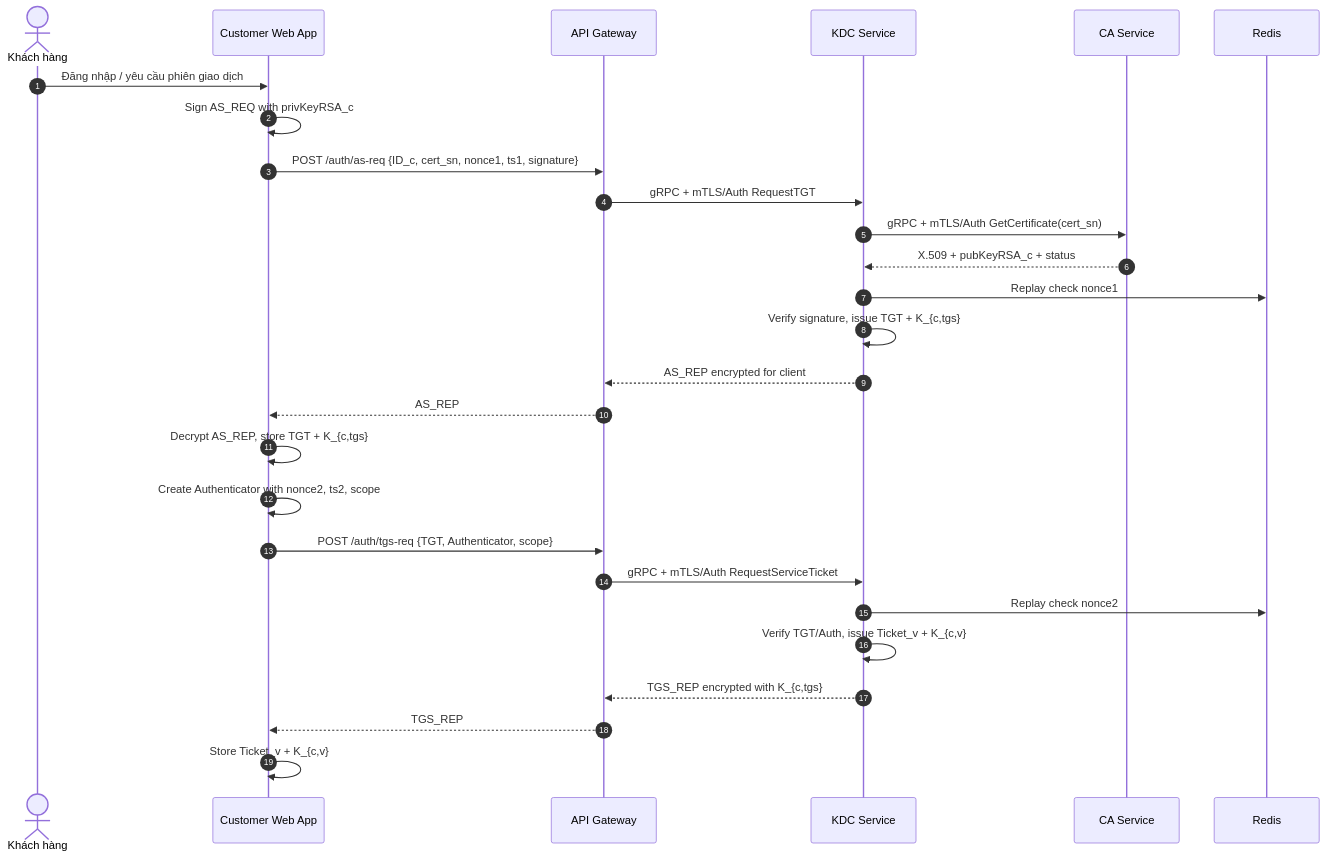
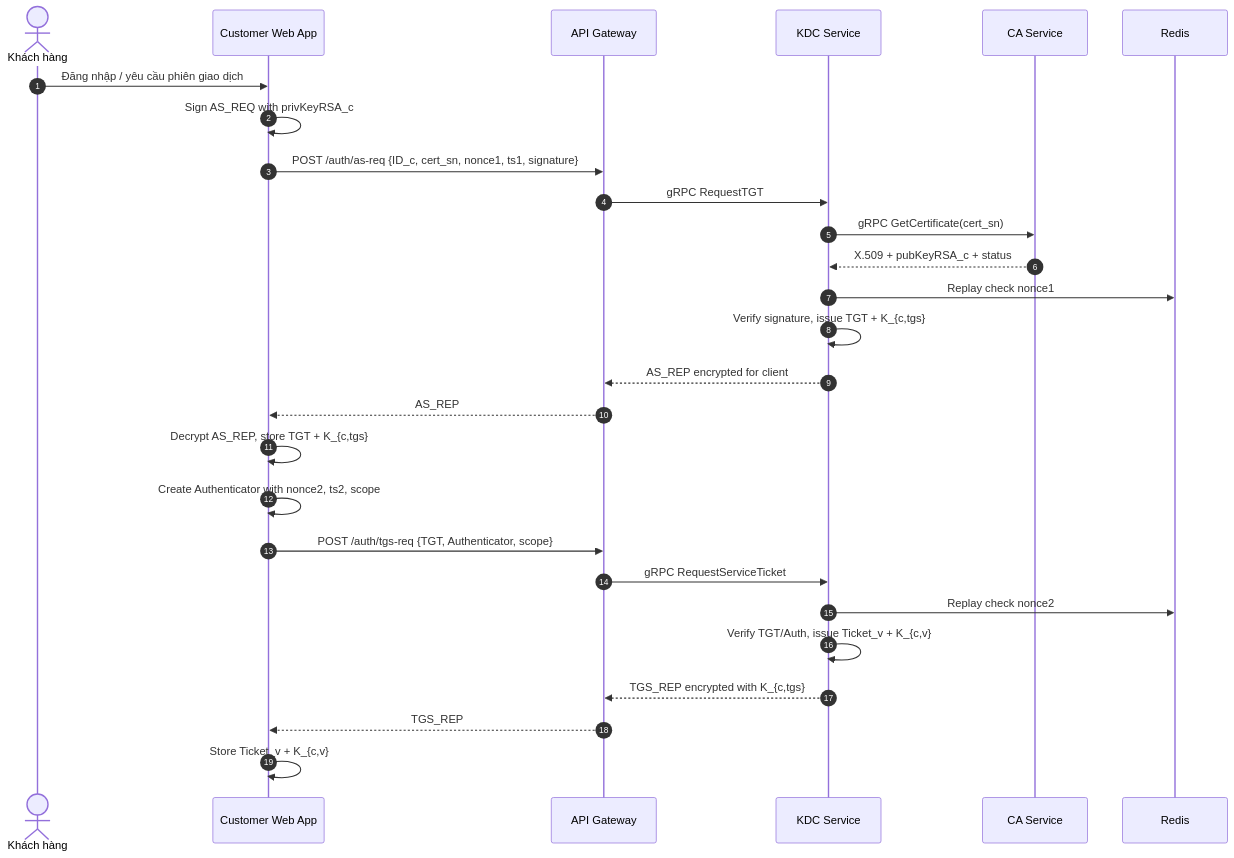
The fourth of 6 diagrams in blueprint/design.md (TNTT2305hcmus/mini-banking-app), drawn with Mermaid before and after one commit. The commit also changed other lines of this file and 23 other files, not shown here.

````diff
--- a/blueprint/design.md
+++ b/blueprint/design.md
@@ -408,31 +404,31 @@
 ```mermaid
 sequenceDiagram
     autonumber
     actor C as Khách hàng
     participant Web as Customer Web App
     participant G as API Gateway
     participant KDC as KDC Service
     participant CA as CA Service
     participant R as Redis
 
     C->>Web: Đăng nhập / yêu cầu phiên giao dịch
     Web->>Web: Sign AS_REQ with privKeyRSA_c
     Web->>G: POST /auth/as-req {ID_c, cert_sn, nonce1, ts1, signature}
-    G->>KDC: gRPC + mTLS/Auth RequestTGT
-    KDC->>CA: gRPC + mTLS/Auth GetCertificate(cert_sn)
+    G->>KDC: gRPC RequestTGT
+    KDC->>CA: gRPC GetCertificate(cert_sn)
     CA-->>KDC: X.509 + pubKeyRSA_c + status
     KDC->>R: Replay check nonce1
     KDC->>KDC: Verify signature, issue TGT + K_{c,tgs}
     KDC-->>G: AS_REP encrypted for client
     G-->>Web: AS_REP
     Web->>Web: Decrypt AS_REP, store TGT + K_{c,tgs}
 
     Web->>Web: Create Authenticator with nonce2, ts2, scope
     Web->>G: POST /auth/tgs-req {TGT, Authenticator, scope}
-    G->>KDC: gRPC + mTLS/Auth RequestServiceTicket
+    G->>KDC: gRPC RequestServiceTicket
     KDC->>R: Replay check nonce2
     KDC->>KDC: Verify TGT/Auth, issue Ticket_v + K_{c,v}
     KDC-->>G: TGS_REP encrypted with K_{c,tgs}
     G-->>Web: TGS_REP
     Web->>Web: Store Ticket_v + K_{c,v}
 ```
````
